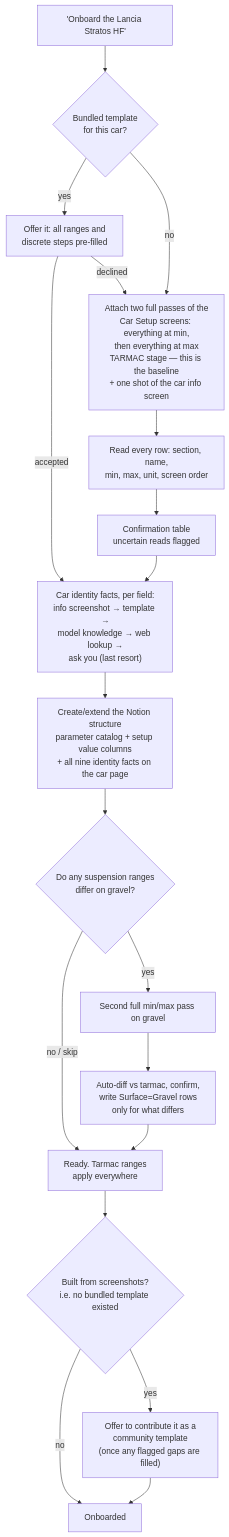
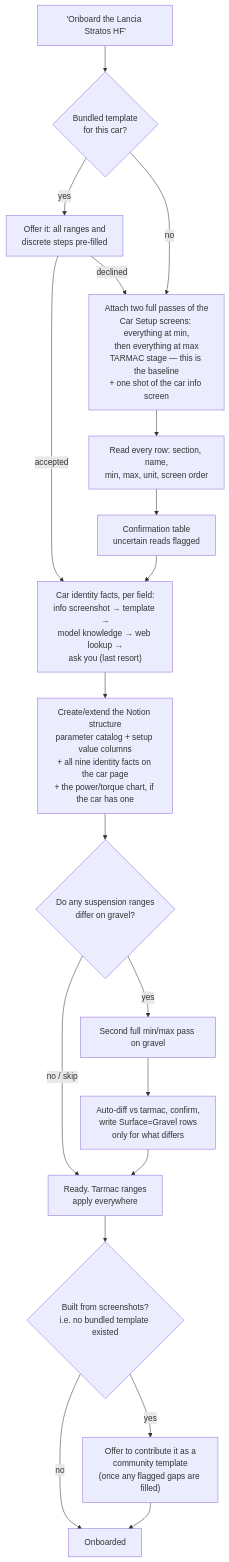
Before and after one commit to fredmayor88/acr-setup-engineer: the fourth of 7 diagrams in README.md, drawn with Mermaid. The commit also changed other lines of this file and 42 other files, not shown here.

````diff
--- a/README.md
+++ b/README.md
@@ -469,26 +476,26 @@
 ```mermaid
 flowchart TD
     Req["'Onboard the Lancia Stratos HF'"] --> Tpl{"Bundled template<br/>for this car?"}
 
     Tpl -->|"yes"| Offer["Offer it: all ranges and<br/>discrete steps pre-filled"]
     Offer -->|"accepted"| Facts
     Offer -->|"declined"| Shots
     Tpl -->|"no"| Shots["Attach two full passes of the<br/>Car Setup screens: everything at min,<br/>then everything at max<br/>TARMAC stage — this is the baseline<br/>+ one shot of the car info screen"]
 
     Shots --> Extract["Read every row: section, name,<br/>min, max, unit, screen order"]
     Extract --> Confirm["Confirmation table<br/>uncertain reads flagged"]
     Confirm --> Facts["Car identity facts, per field:<br/>info screenshot → template →<br/>model knowledge → web lookup →<br/>ask you (last resort)"]
 
-    Facts --> Notion["Create/extend the Notion structure<br/>parameter catalog + setup value columns<br/>+ all nine identity facts on the car page"]
+    Facts --> Notion["Create/extend the Notion structure<br/>parameter catalog + setup value columns<br/>+ all nine identity facts on the car page<br/>+ the power/torque chart, if the car has one"]
     Notion --> Gravel{"Do any suspension ranges<br/>differ on gravel?"}
 
     Gravel -->|"no / skip"| Done["Ready. Tarmac ranges<br/>apply everywhere"]
     Gravel -->|"yes"| Second["Second full min/max pass on gravel"]
     Second --> Diff["Auto-diff vs tarmac, confirm,<br/>write Surface=Gravel rows<br/>only for what differs"]
     Diff --> Done
 
     Done --> Contrib{"Built from screenshots?<br/>i.e. no bundled template existed"}
     Contrib -->|"no"| End["Onboarded"]
     Contrib -->|"yes"| Share["Offer to contribute it as a<br/>community template<br/>(once any flagged gaps are filled)"]
     Share --> End
 ```
````
